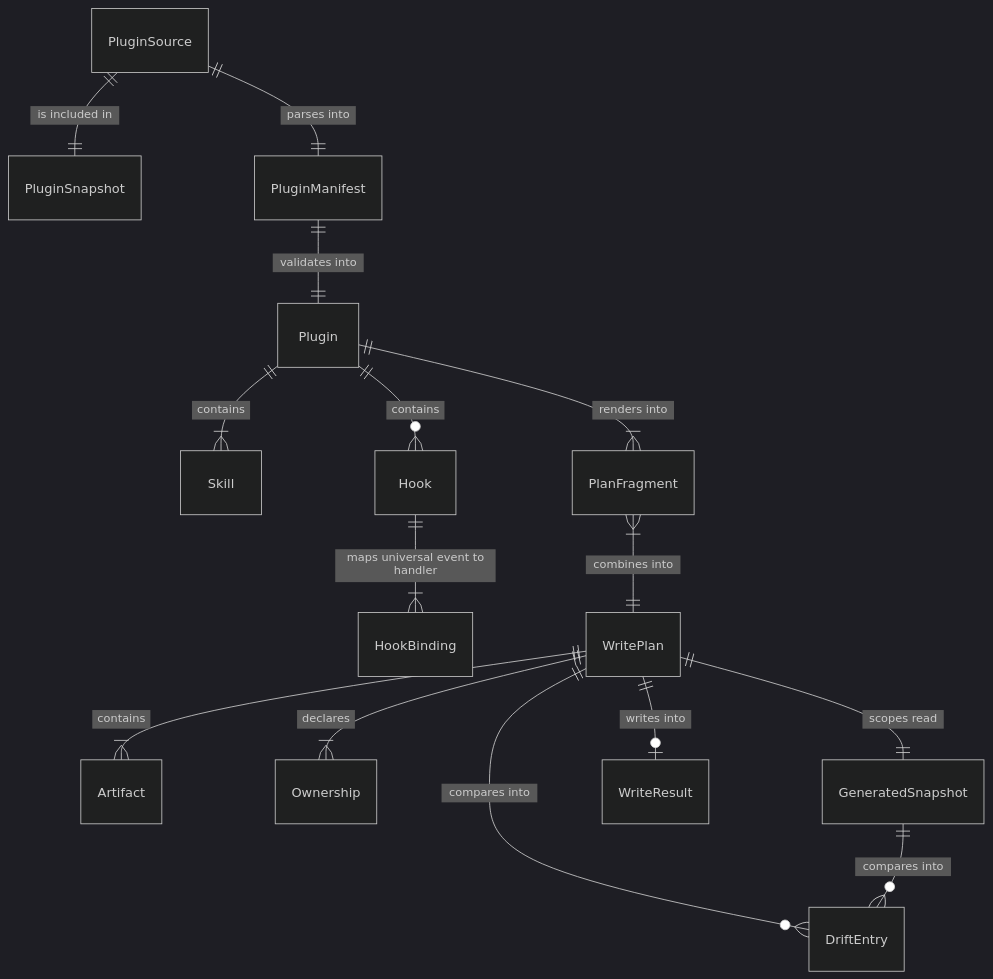
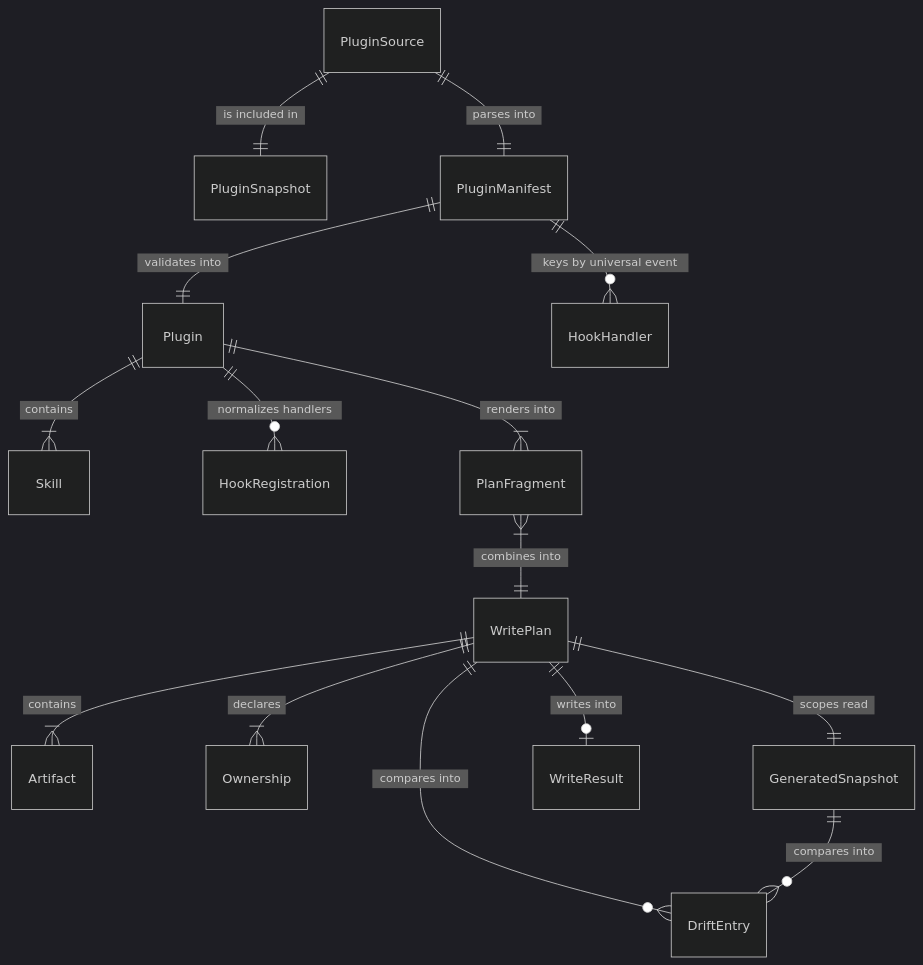
The third of 9 diagrams in docs/ARCHITECTURE.md (fam-tung-lam/ptlam-agent-plugin-compiler), drawn with Mermaid (dark theme) before and after one commit. The commit also changed other lines of this file and 43 other files, not shown here.

First line of the commit message:
refactor(hooks): key handlers by universal event (#54)

````diff
--- a/docs/ARCHITECTURE.md
+++ b/docs/ARCHITECTURE.md
@@ -178,21 +178,21 @@
 ```mermaid
 ---
 config:
   htmlLabels: false
 ---
 erDiagram
     PluginSource ||--|| PluginSnapshot : "is included in"
     PluginSource ||--|| PluginManifest : "parses into"
     PluginManifest ||--|| Plugin : "validates into"
     Plugin ||--|{ Skill : "contains"
-    Plugin ||--o{ Hook : "contains"
-    Hook ||--|{ HookBinding : "maps universal event to handler"
+    PluginManifest ||--o{ HookHandler : "keys by universal event"
+    Plugin ||--o{ HookRegistration : "normalizes handlers"
     Plugin ||--|{ PlanFragment : "renders into"
     PlanFragment }|--|| WritePlan : "combines into"
     WritePlan ||--|{ Artifact : "contains"
     WritePlan ||--|{ Ownership : "declares"
     WritePlan ||--|| GeneratedSnapshot : "scopes read"
     WritePlan ||--o{ DriftEntry : "compares into"
     GeneratedSnapshot ||--o{ DriftEntry : "compares into"
     WritePlan ||--o| WriteResult : "writes into"
 ```
````
